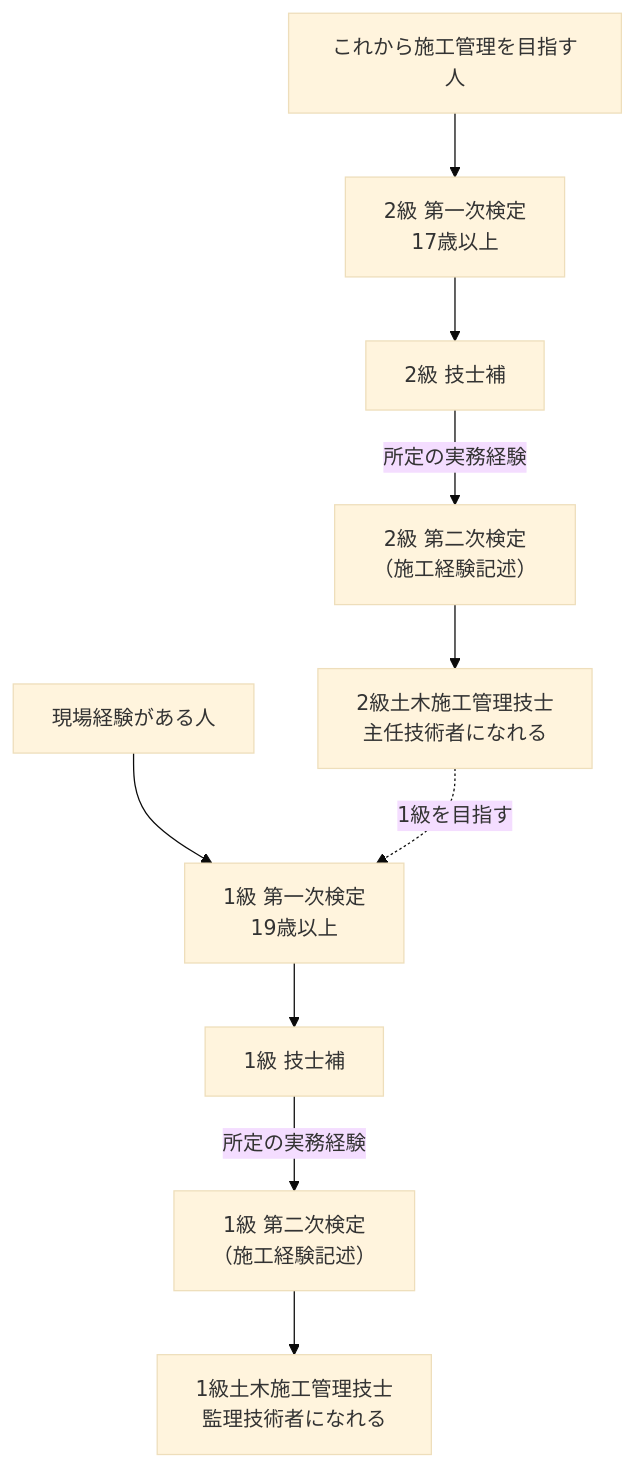
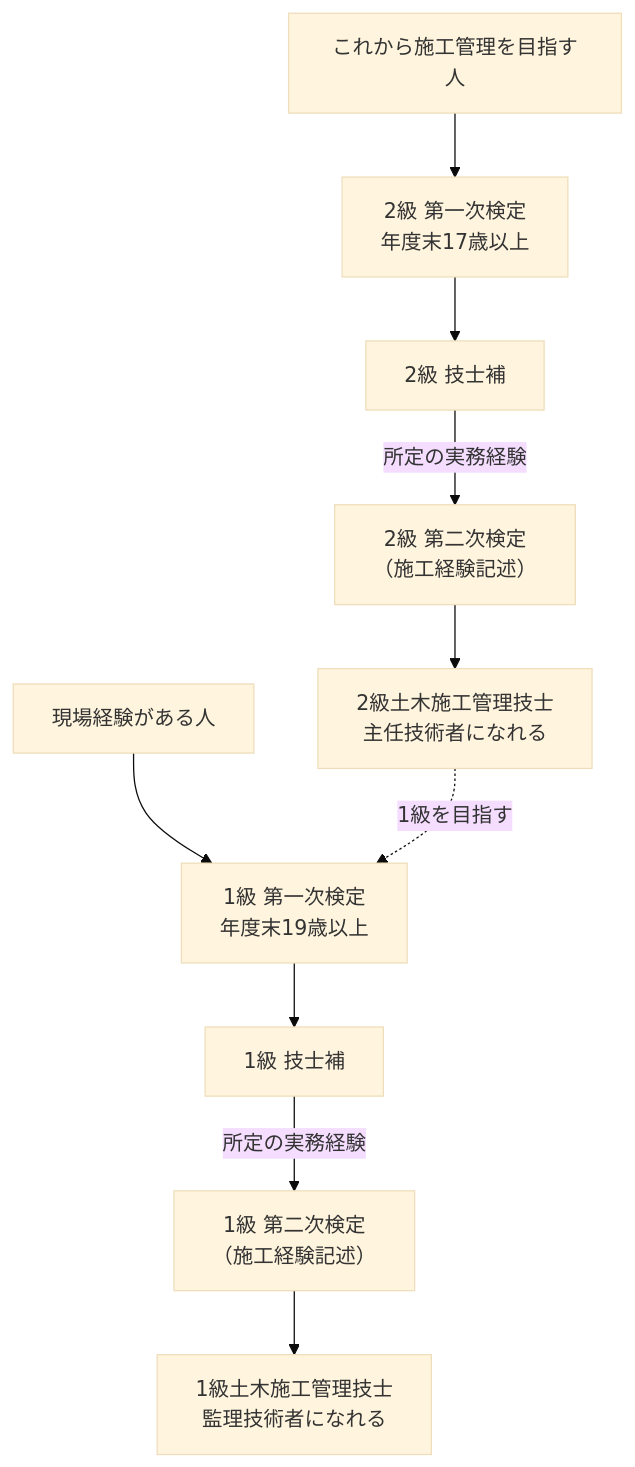
One commit to sasisi344/syllabus-hack changed the diagram in src/data/post/method/doboku-sekou-hub/index.md. Above: the diagram before and after it, drawn with Mermaid (base theme). The commit also changed other lines of this file and 30 other files, not shown here.

````diff
--- a/src/data/post/method/doboku-sekou-hub/index.md
+++ b/src/data/post/method/doboku-sekou-hub/index.md
@@ -39,12 +47,12 @@
 ```mermaid caption="土木施工管理技士の取得ルート（第一次検定は学歴・実務経験不問）"
 flowchart TB
-  S["これから施工管理を目指す人"] --> A1["2級 第一次検定<br/>17歳以上"]
+  S["これから施工管理を目指す人"] --> A1["2級 第一次検定<br/>年度末17歳以上"]
   A1 --> A2["2級 技士補"]
   A2 -->|所定の実務経験| A3["2級 第二次検定<br/>（施工経験記述）"]
   A3 --> A4["2級土木施工管理技士<br/>主任技術者になれる"]
-  S2["現場経験がある人"] --> B1["1級 第一次検定<br/>19歳以上"]
+  S2["現場経験がある人"] --> B1["1級 第一次検定<br/>年度末19歳以上"]
   A4 -.->|1級を目指す| B1
   B1 --> B2["1級 技士補"]
   B2 -->|所定の実務経験| B3["1級 第二次検定<br/>（施工経験記述）"]
   B3 --> B4["1級土木施工管理技士<br/>監理技術者になれる"]
 ```
````
